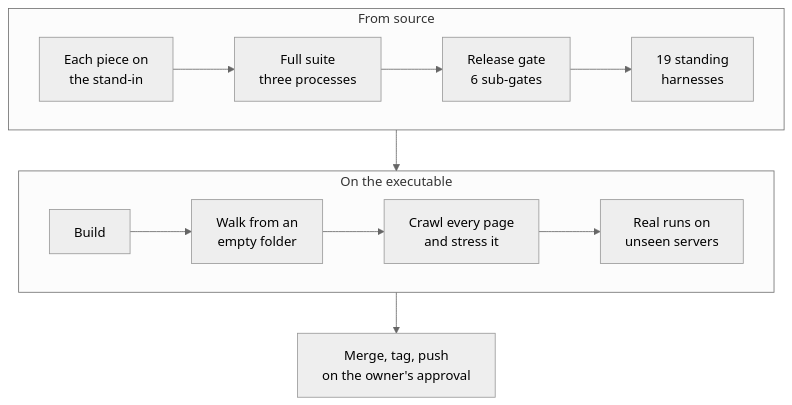
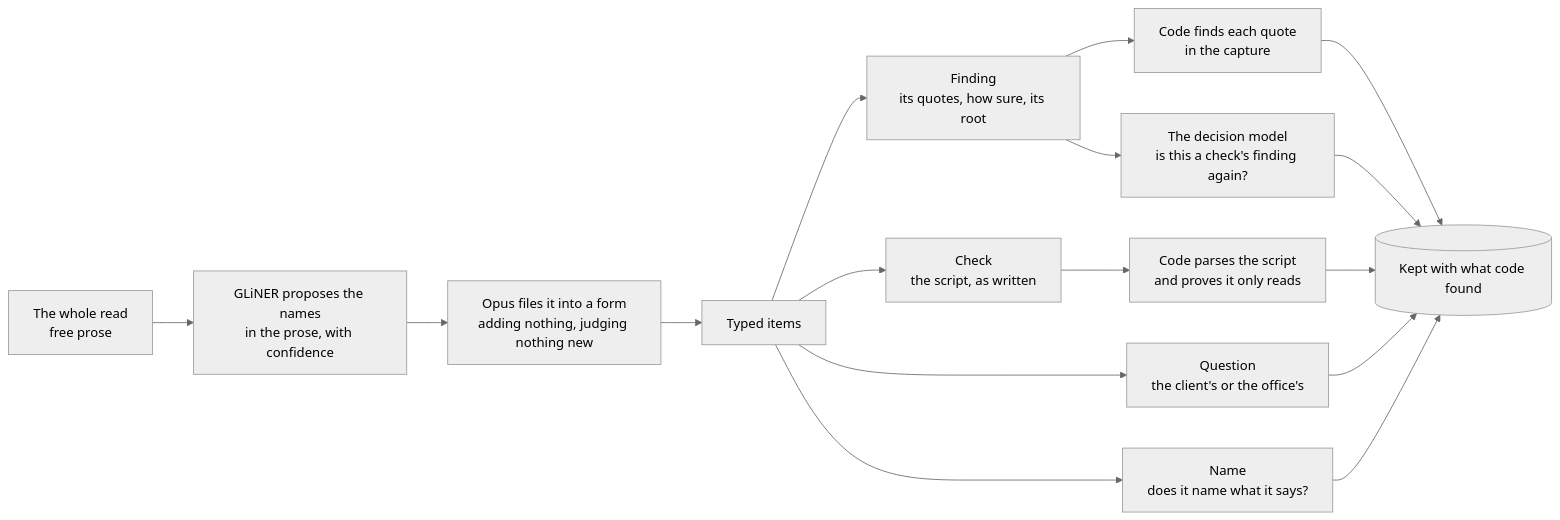
One commit to RyanH-sudo/ninjatoolkit-case-study changed the fifth of 5 diagrams in CASE_STUDY.md. Above: the diagram before and after it, drawn with Mermaid (neutral theme). The commit also changed other lines of this file and 43 other files, not shown here.

````diff
--- a/CASE_STUDY.md
+++ b/CASE_STUDY.md
@@ -1148,17 +927,18 @@
 ```mermaid
-flowchart TB
-    subgraph PROVE["From source"]
-        direction LR
-        B["Each piece on<br/>the stand-in"] --> S["Full suite<br/>three processes"]
-        S --> G["Release gate<br/>6 sub-gates"]
-        G --> H["19 standing<br/>harnesses"]
-    end
-    subgraph SHIP["On the executable"]
-        direction LR
-        X["Build"] --> W["Walk from an<br/>empty folder"]
-        W --> C["Crawl every page<br/>and stress it"]
-        C --> D["Real runs on<br/>unseen servers"]
-    end
-    PROVE --> SHIP
-    SHIP --> M["Merge, tag, push<br/>on the owner's approval"]
+flowchart LR
+    W["The whole read<br/>free prose"] --> G["GLiNER proposes the names<br/>in the prose, with confidence"]
+    G --> O["Opus files it into a form<br/>adding nothing, judging nothing new"]
+    O --> T["Typed items"]
+    T --> F1["Finding<br/>its quotes, how sure, its root"]
+    T --> F2["Check<br/>the script, as written"]
+    T --> F3["Question<br/>the client's or the office's"]
+    T --> F4["Name<br/>does it name what it says?"]
+    F1 --> Q["Code finds each quote<br/>in the capture"]
+    F2 --> R["Code parses the script<br/>and proves it only reads"]
+    F1 --> J["The decision model<br/>is this a check's finding again?"]
+    Q --> K[("Kept with what code found")]
+    R --> K
+    J --> K
+    F3 --> K
+    F4 --> K
 ```
````
